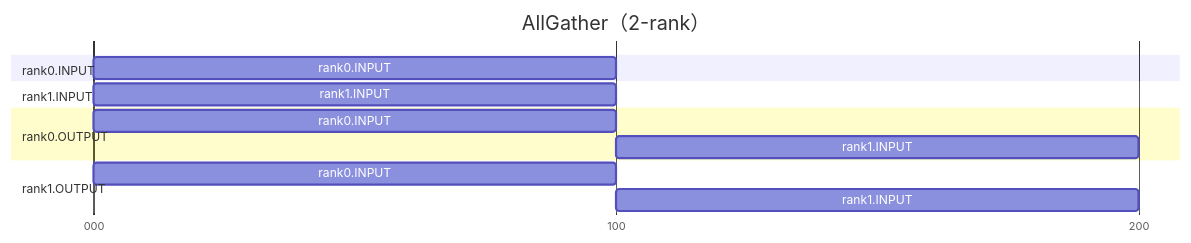
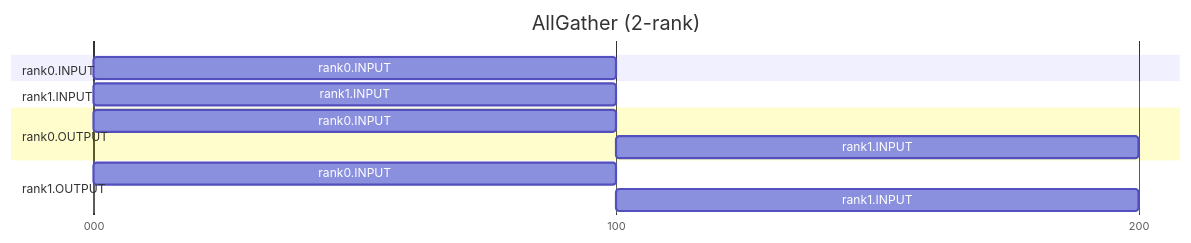
One commit to Atlas-Ascend-Fork/hcomm changed the tenth of 19 diagrams in test/hccl_vm/docs/checker_quick_intro_en.md. Above: the diagram before and after it, drawn with Mermaid. The commit also changed other lines of this file and 73 other files, not shown here.

````diff
--- a/test/hccl_vm/docs/checker_quick_intro_en.md
+++ b/test/hccl_vm/docs/checker_quick_intro_en.md
@@ -426,21 +426,21 @@
 ```mermaid
 gantt
-    title AllGather（2-rank）
+    title AllGather (2-rank)
     dateFormat x
     axisFormat %L
     tickInterval 100millisecond
 
     section rank0.INPUT
     rank0.INPUT : 0, 100
 
     section rank1.INPUT
     rank1.INPUT : 0, 100
 
     section rank0.OUTPUT
     rank0.INPUT : 0, 100
     rank1.INPUT : 100, 200
 
     section rank1.OUTPUT
     rank0.INPUT : 0, 100
     rank1.INPUT : 100, 200
 ```
````
